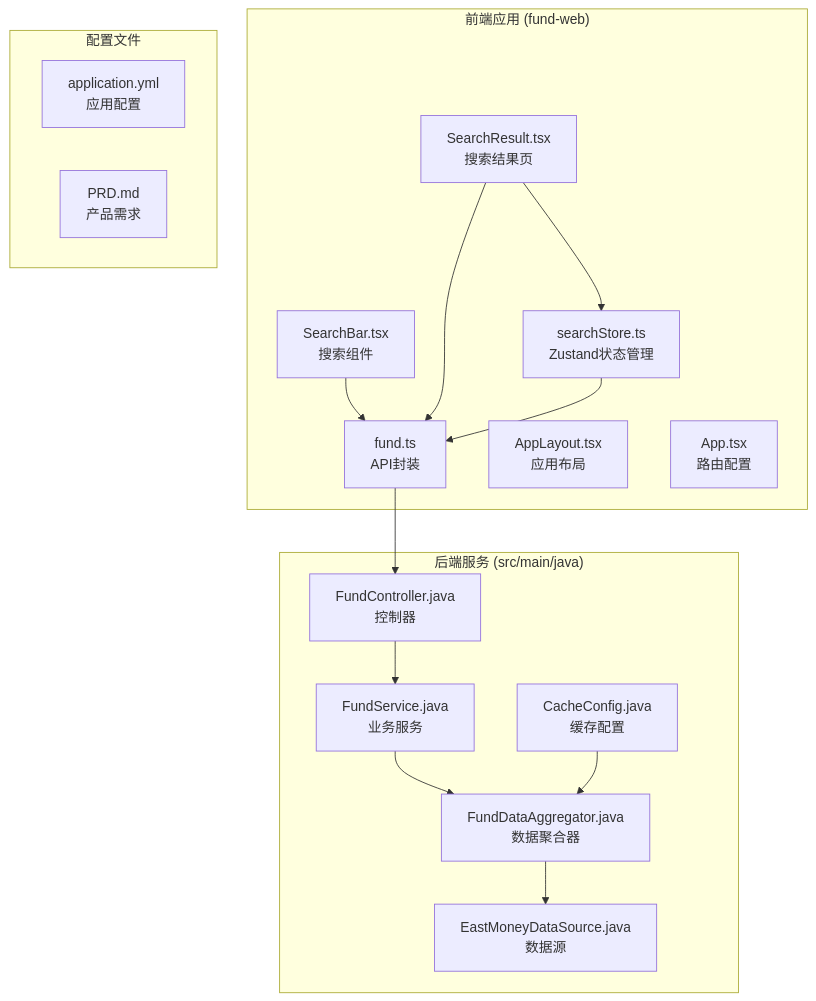
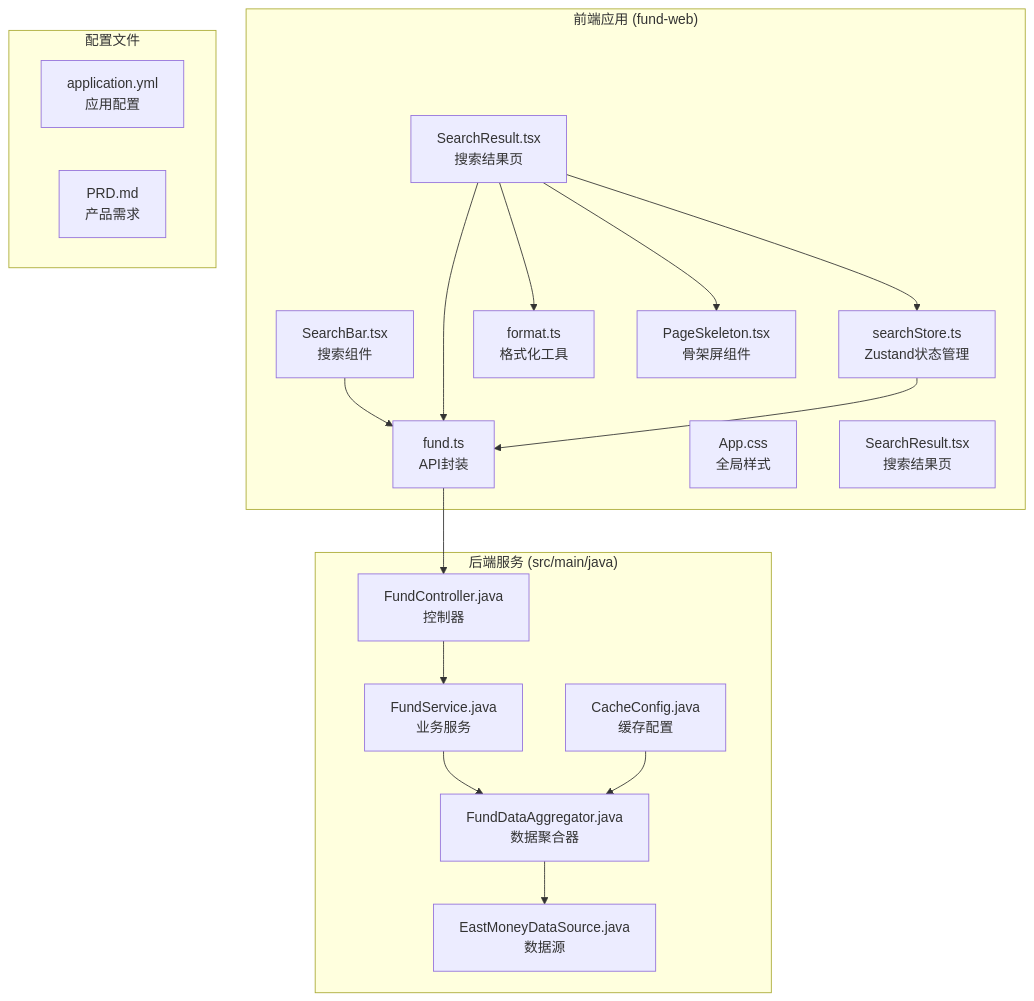
The first of 14 diagrams in .qoder/repowiki/zh/content/核心功能开发/搜索功能优化.md (gree-coder/fund-butler), drawn with Mermaid before and after one commit. The commit also changed other lines of this file and 21 other files, not shown here.

````diff
--- a/.qoder/repowiki/zh/content/核心功能开发/搜索功能优化.md
+++ b/.qoder/repowiki/zh/content/核心功能开发/搜索功能优化.md
@@ -51,31 +56,35 @@
 ```mermaid
 graph TB
 subgraph "前端应用 (fund-web)"
 A[SearchBar.tsx<br/>搜索组件]
 B[SearchResult.tsx<br/>搜索结果页]
 C[searchStore.ts<br/>Zustand状态管理]
 D[fund.ts<br/>API封装]
-E[AppLayout.tsx<br/>应用布局]
-F[App.tsx<br/>路由配置]
+E[format.ts<br/>格式化工具]
+F[PageSkeleton.tsx<br/>骨架屏组件]
+G[App.css<br/>全局样式]
+H[SearchResult.tsx<br/>搜索结果页]
 end
 subgraph "后端服务 (src/main/java)"
-G[FundController.java<br/>控制器]
-H[FundService.java<br/>业务服务]
-I[FundDataAggregator.java<br/>数据聚合器]
-J[EastMoneyDataSource.java<br/>数据源]
-K[CacheConfig.java<br/>缓存配置]
+I[FundController.java<br/>控制器]
+J[FundService.java<br/>业务服务]
+K[FundDataAggregator.java<br/>数据聚合器]
+L[EastMoneyDataSource.java<br/>数据源]
+M[CacheConfig.java<br/>缓存配置]
 end
 subgraph "配置文件"
-L[application.yml<br/>应用配置]
-M[PRD.md<br/>产品需求]
+N[application.yml<br/>应用配置]
+O[PRD.md<br/>产品需求]
 end
 A --> D
 B --> D
 B --> C
+B --> E
+B --> F
 C --> D
-D --> G
-G --> H
-H --> I
+D --> I
 I --> J
-K --> I
+J --> K
+K --> L
+M --> K
 ```
````
